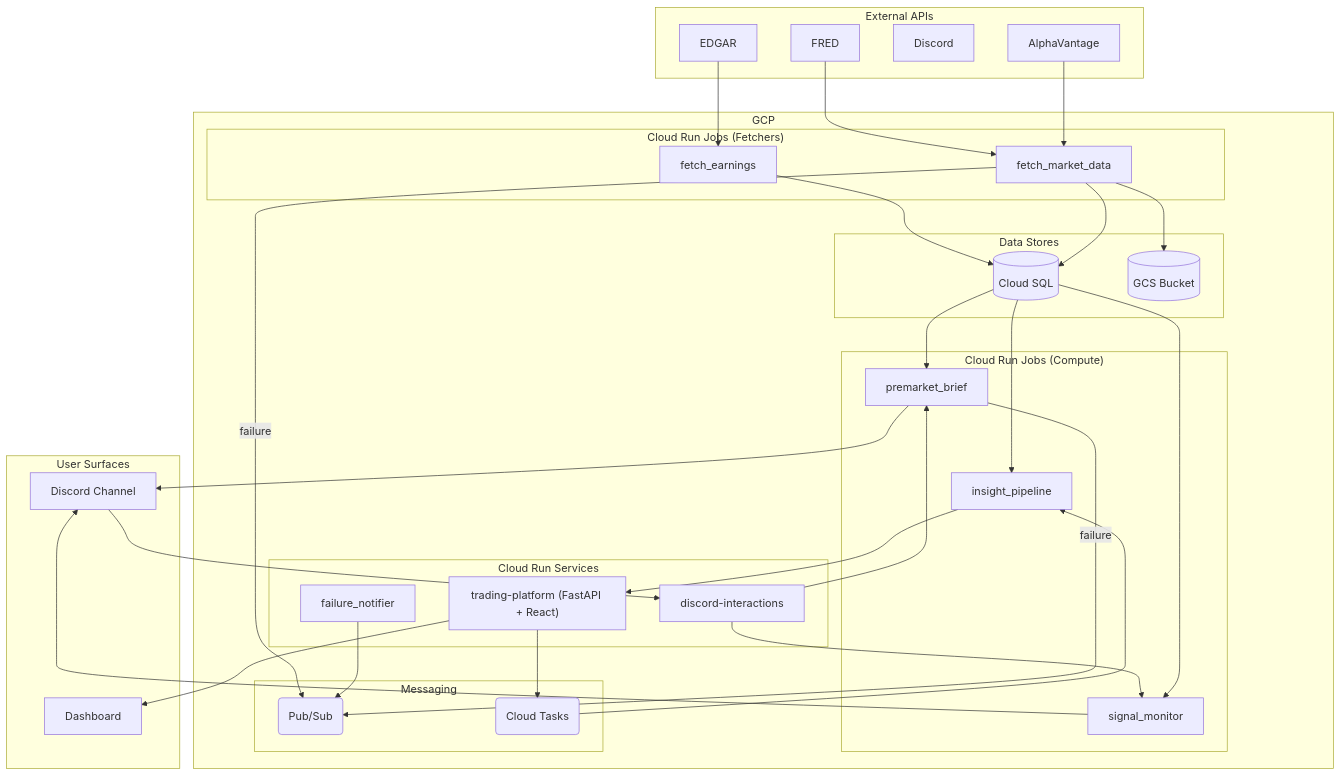
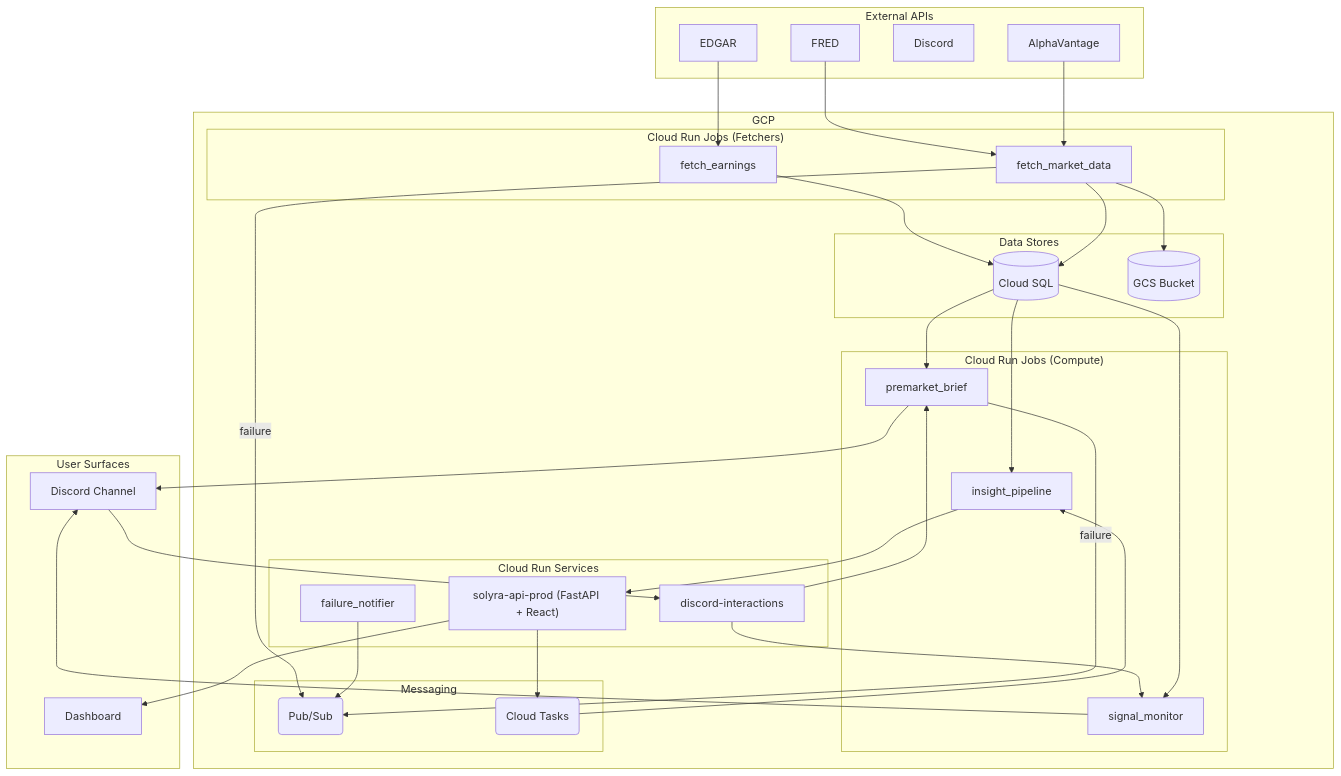
The diagram in ARCHITECTURE.md (TeneikaAskew/stocks), drawn with Mermaid before and after one commit. The commit also changed other lines of this file and 32 other files, not shown here.

````diff
--- a/ARCHITECTURE.md
+++ b/ARCHITECTURE.md
@@ -68,71 +68,71 @@
 ```mermaid
 flowchart TD
     subgraph External APIs
         AlphaVantage
         FRED
         Discord
         EDGAR
     end
 
     subgraph GCP
         subgraph "Cloud Run Services"
-            trading_platform["trading-platform (FastAPI + React)"]
+            trading_platform["solyra-api-prod (FastAPI + React)"]
             discord_interactions["discord-interactions"]
             failure_notifier
         end
 
         subgraph "Cloud Run Jobs (Fetchers)"
             fetch_market_data
             fetch_earnings
         end
 
         subgraph "Cloud Run Jobs (Compute)"
             premarket_brief
             signal_monitor
             insight_pipeline
         end
 
         subgraph "Data Stores"
             db[(Cloud SQL)]
             gcs[(GCS Bucket)]
         end
 
         subgraph "Messaging"
             pubsub(Pub/Sub)
             tasks(Cloud Tasks)
         end
     end
 
     subgraph User Surfaces
         user_dashboard[Dashboard]
         discord_channel[Discord Channel]
     end
 
     AlphaVantage --> fetch_market_data
     FRED --> fetch_market_data
     EDGAR --> fetch_earnings
 
     fetch_market_data --> db
     fetch_market_data --> gcs
     fetch_earnings --> db
 
     db --> premarket_brief
     db --> signal_monitor
     db --> insight_pipeline
 
     premarket_brief --> discord_channel
     signal_monitor --> discord_channel
     insight_pipeline --> trading_platform
 
     trading_platform --> user_dashboard
     trading_platform --> tasks
     tasks --> insight_pipeline
 
     discord_channel --> discord_interactions
     discord_interactions --> premarket_brief
     discord_interactions --> signal_monitor
 
     failure_notifier --> pubsub
     fetch_market_data -- "failure" --> pubsub
     premarket_brief -- "failure" --> pubsub
 ```
````
